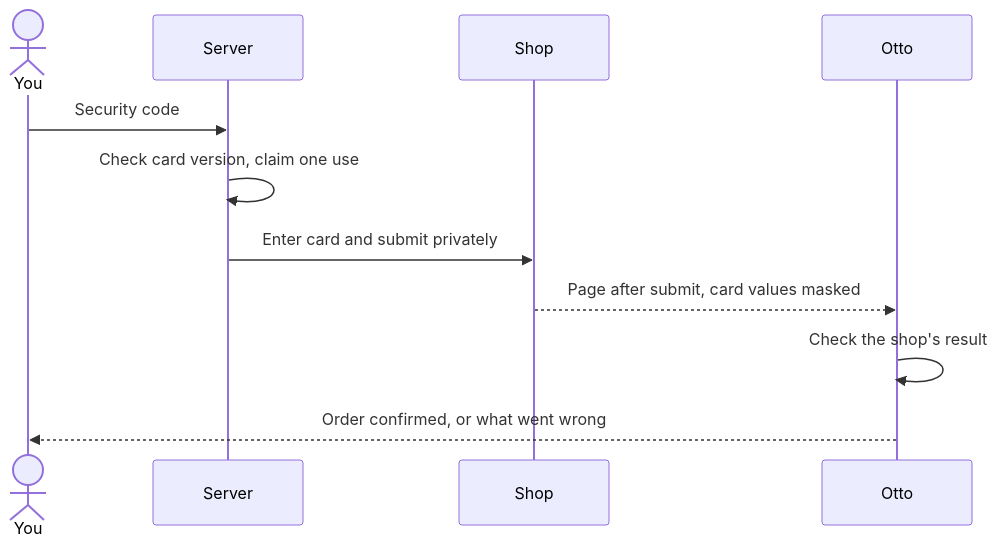
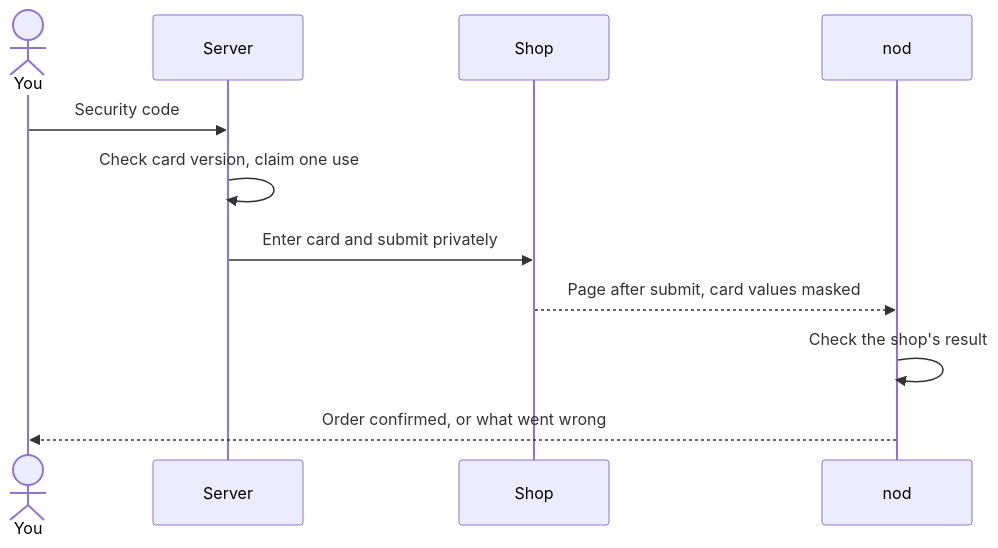
The diagram in docs/src/content/docs/trust/payments.mdx (KrishBhimani/nod), drawn with Mermaid before and after one commit. The commit also changed other lines of this file and 380 other files, not shown here.

Commit message:
feat!: rename Otto to nod (#398)

````diff
--- a/docs/src/content/docs/trust/payments.mdx
+++ b/docs/src/content/docs/trust/payments.mdx
@@ -51,13 +51,13 @@
 ```mermaid
 sequenceDiagram
   actor You
   participant Server
   participant Shop
-  participant Otto
+  participant nod
   You->>Server: Security code
   Server->>Server: Check card version, claim one use
   Server->>Shop: Enter card and submit privately
-  Shop-->>Otto: Page after submit, card values masked
-  Otto->>Otto: Check the shop's result
-  Otto-->>You: Order confirmed, or what went wrong
+  Shop-->>nod: Page after submit, card values masked
+  nod->>nod: Check the shop's result
+  nod-->>You: Order confirmed, or what went wrong
 ```
````
